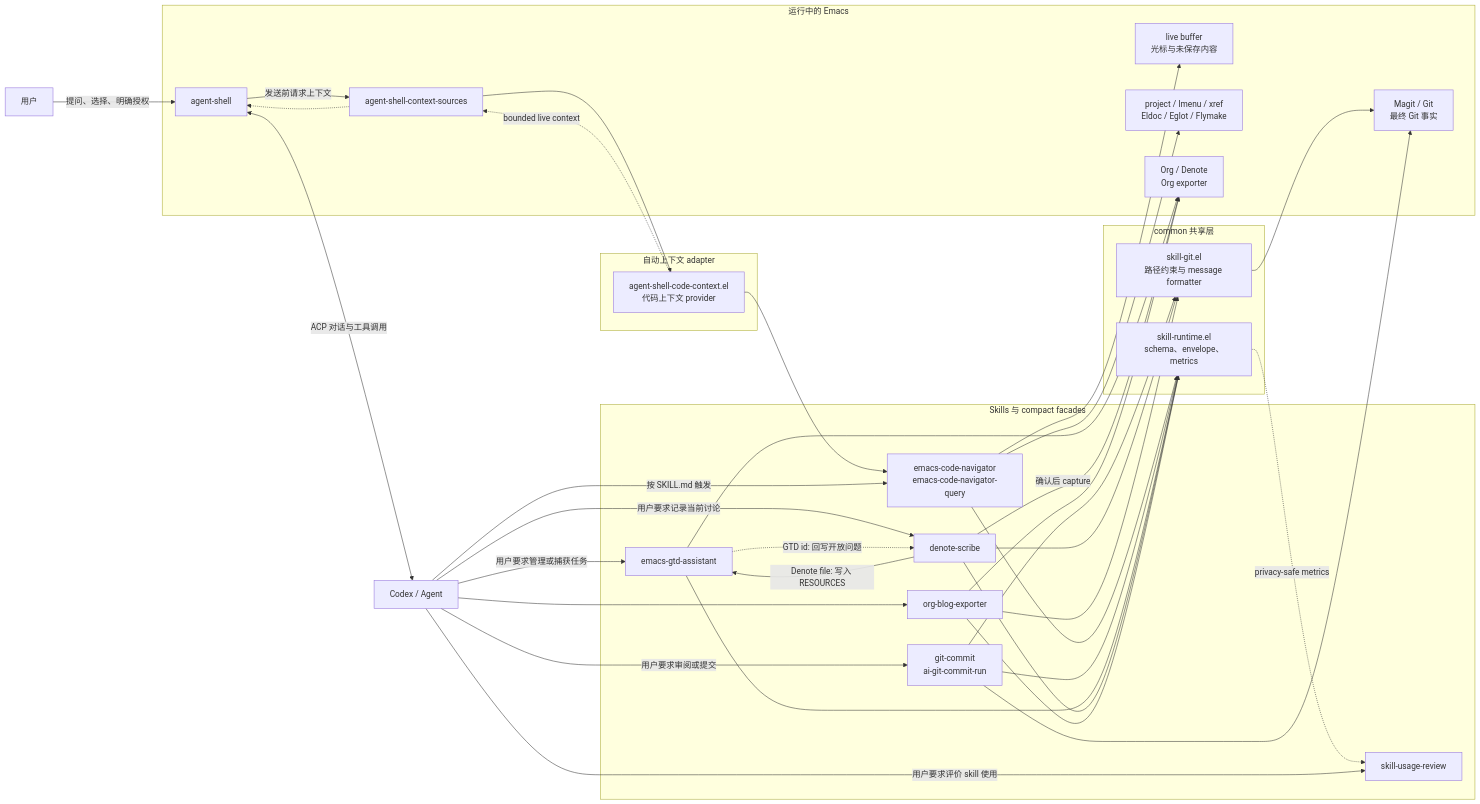
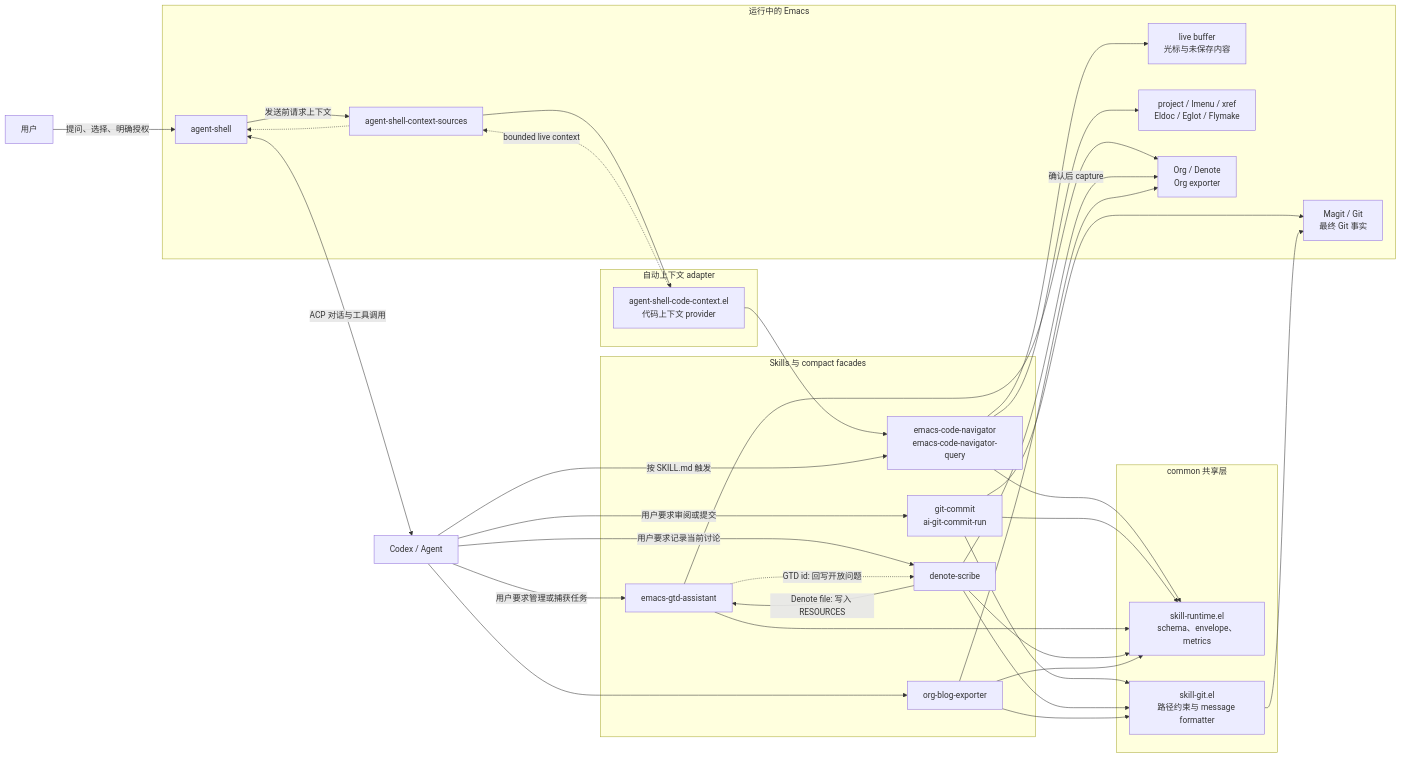
Before and after one commit to zorowk/skills: the diagram in README.md, drawn with Mermaid. The commit also changed other lines of this file and 3 other files, not shown here.

First line of the commit message:
refactor(skills): remove unused skill usage review

````diff
--- a/README.md
+++ b/README.md
@@ -32,70 +31,67 @@
 ```mermaid
 flowchart LR
     USER["用户"]
     AGENT["Codex / Agent"]
 
     subgraph EMACS["运行中的 Emacs"]
         AS["agent-shell"]
         SOURCES["agent-shell-context-sources"]
         BUFFER["live buffer<br/>光标与未保存内容"]
         CODEAPI["project / Imenu / xref<br/>Eldoc / Eglot / Flymake"]
         ORG["Org / Denote<br/>Org exporter"]
         MAGIT["Magit / Git<br/>最终 Git 事实"]
     end
 
     subgraph COMMON["common 共享层"]
         RUNTIME["skill-runtime.el<br/>schema、envelope、metrics"]
         GITCORE["skill-git.el<br/>路径约束与 message formatter"]
     end
 
     subgraph ADAPTERS["自动上下文 adapter"]
         CODECTX["agent-shell-code-context.el<br/>代码上下文 provider"]
     end
 
     subgraph SKILLS["Skills 与 compact facades"]
         NAV["emacs-code-navigator<br/>emacs-code-navigator-query"]
         COMMIT["git-commit<br/>ai-git-commit-run"]
         GTD["emacs-gtd-assistant"]
         SCRIBE["denote-scribe"]
         BLOG["org-blog-exporter"]
-        USAGE["skill-usage-review"]
     end
 
     USER -->|"提问、选择、明确授权"| AS
     AS <-->|"ACP 对话与工具调用"| AGENT
 
     AS -->|"发送前请求上下文"| SOURCES
     SOURCES --> CODECTX
     CODECTX --> NAV
     NAV --> BUFFER
     NAV --> CODEAPI
     CODECTX -.->|"bounded live context"| SOURCES
     SOURCES -.-> AS
 
     AGENT -->|"用户要求管理或捕获任务"| GTD
     AGENT -->|"用户要求记录当前讨论"| SCRIBE
     AGENT -->|"用户要求审阅或提交"| COMMIT
     SCRIBE -->|"Denote file: 写入 RESOURCES"| GTD
     GTD -.->|"GTD id: 回写开放问题"| SCRIBE
 
     AGENT -->|"按 SKILL.md 触发"| NAV
     AGENT --> BLOG
 
     NAV --> RUNTIME
     COMMIT --> RUNTIME
     GTD --> RUNTIME
     SCRIBE --> RUNTIME
     BLOG --> RUNTIME
     COMMIT --> GITCORE
     SCRIBE --> GITCORE
     BLOG --> GITCORE
 
     GTD --> ORG
     SCRIBE -->|"确认后 capture"| ORG
     BLOG --> ORG
     COMMIT --> MAGIT
     GITCORE --> MAGIT
 
-    RUNTIME -.->|"privacy-safe metrics"| USAGE
-    AGENT -->|"用户要求评价 skill 使用"| USAGE
 ```
````
